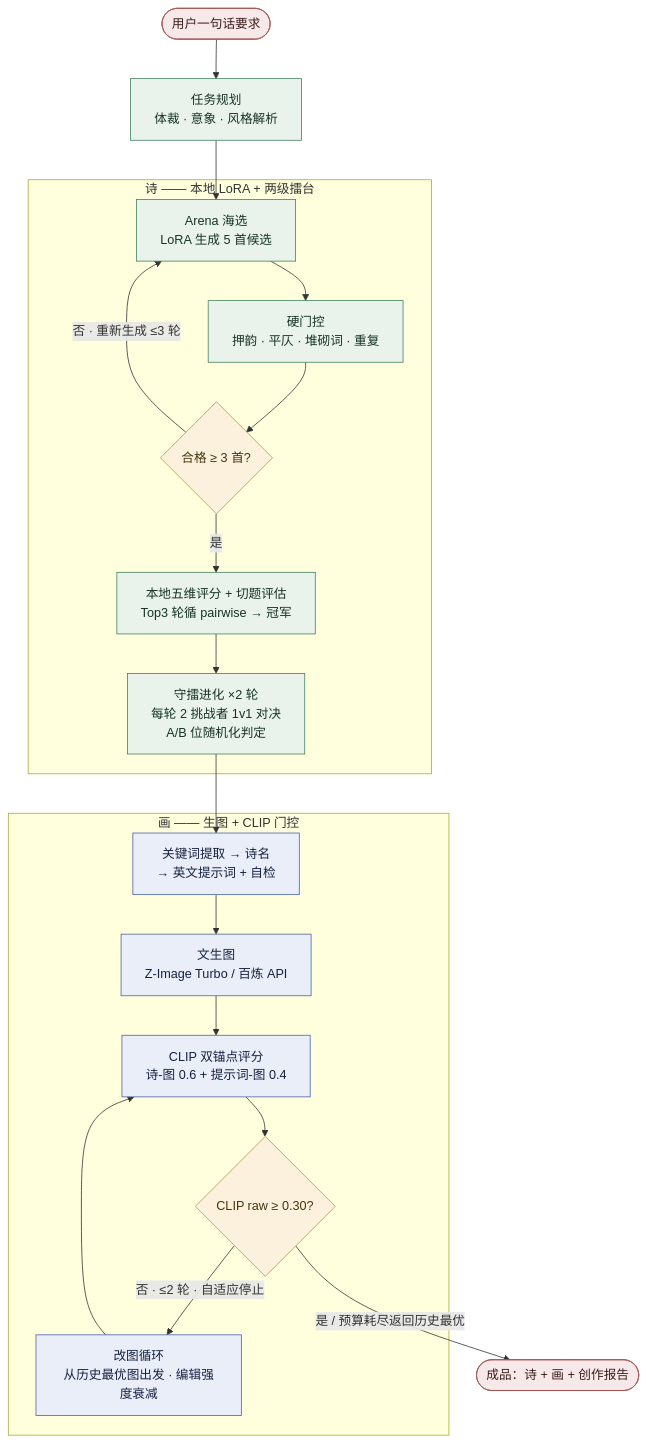
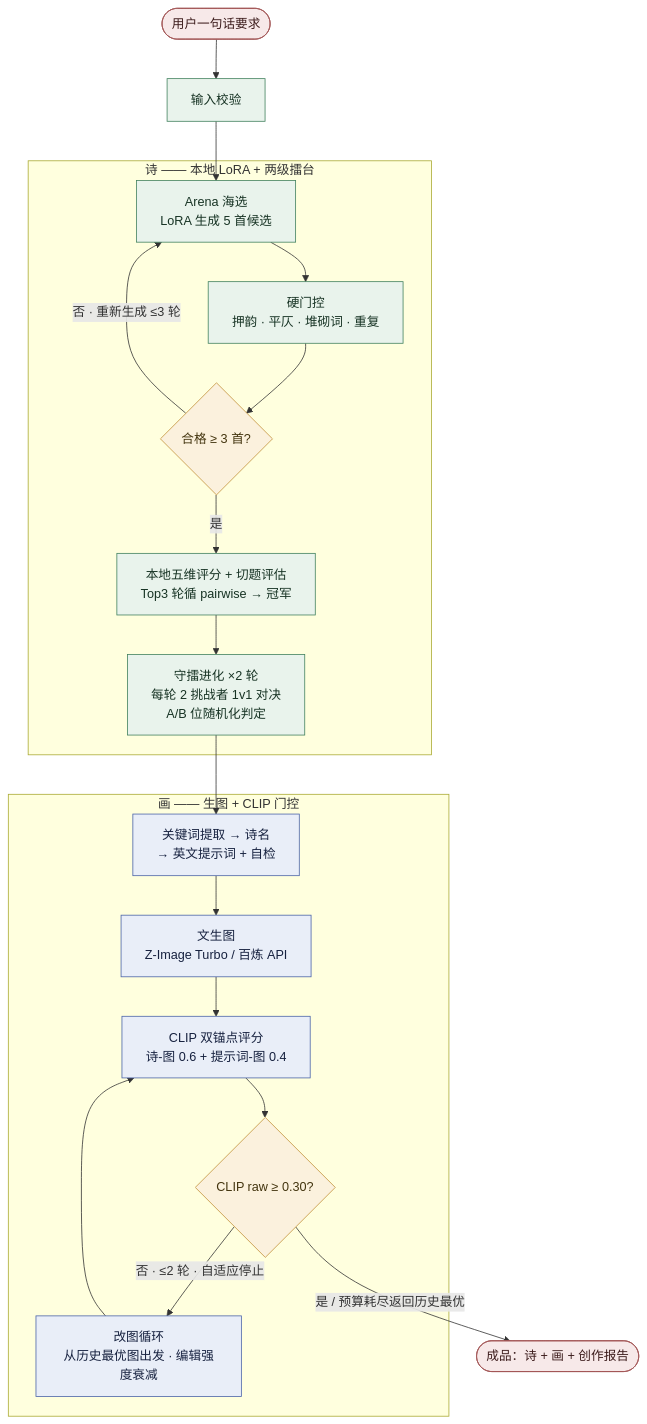
The diagram in README.md (Judy-Liu118/InkVerse), drawn with Mermaid before and after one commit.

Commit message:
docs(readme): 流程图「任务规划」改为「输入校验」· 体裁/意象解析实际在下游规则里
该节点原标注「体裁 · 意象 · 风格解析」，但 _phase_plan 不调 LLM，只做
非空校验与 creative_brief 原话透传；体裁解析在 scorer.detect_genre，
必须意象在 _check_required_keywords + theme.py，风格无独立解析器。
标签把下游规则解析挂到了上游节点名下，与实现不符。

````diff
--- a/README.md
+++ b/README.md
@@ -56,32 +56,32 @@
 ```mermaid
 flowchart TD
-    A(["用户一句话要求"]) --> B["任务规划<br>体裁 · 意象 · 风格解析"]
+    A(["用户一句话要求"]) --> B["输入校验"]
 
     subgraph P ["诗 —— 本地 LoRA + 两级擂台"]
         C["Arena 海选<br>LoRA 生成 5 首候选"] --> D["硬门控<br>押韵 · 平仄 · 堆砌词 · 重复"]
         D --> E{"合格 ≥ 3 首?"}
         E -- "否 · 重新生成 ≤3 轮" --> C
         E -- "是" --> F["本地五维评分 + 切题评估<br>Top3 轮循 pairwise → 冠军"]
         F --> G["守擂进化 ×2 轮<br>每轮 2 挑战者 1v1 对决<br>A/B 位随机化判定"]
     end
     B --> C
 
     subgraph I ["画 —— 生图 + CLIP 门控"]
         H["关键词提取 → 诗名<br>→ 英文提示词 + 自检"] --> J["文生图<br>Z-Image Turbo / 百炼 API"]
         J --> K["CLIP 双锚点评分<br>诗-图 0.6 + 提示词-图 0.4"]
         K --> L{"CLIP raw ≥ 0.30?"}
         L -- "否 · ≤2 轮 · 自适应停止" --> M["改图循环<br>从历史最优图出发 · 编辑强度衰减"]
         M --> K
     end
     G --> H
     L -- "是 / 预算耗尽返回历史最优" --> Z(["成品：诗 + 画 + 创作报告"])
 
     classDef poem fill:#e9f3ec,stroke:#41805e,color:#173324
     classDef img  fill:#e9eef8,stroke:#4a63a8,color:#16213f
     classDef gate fill:#fbf1dd,stroke:#c2913a,color:#43350f
     classDef ends fill:#f7e9e9,stroke:#a25454,color:#3c1c1c
     class B,C,D,F,G poem
     class H,J,K,M img
     class E,L gate
     class A,Z ends
 ```
````
